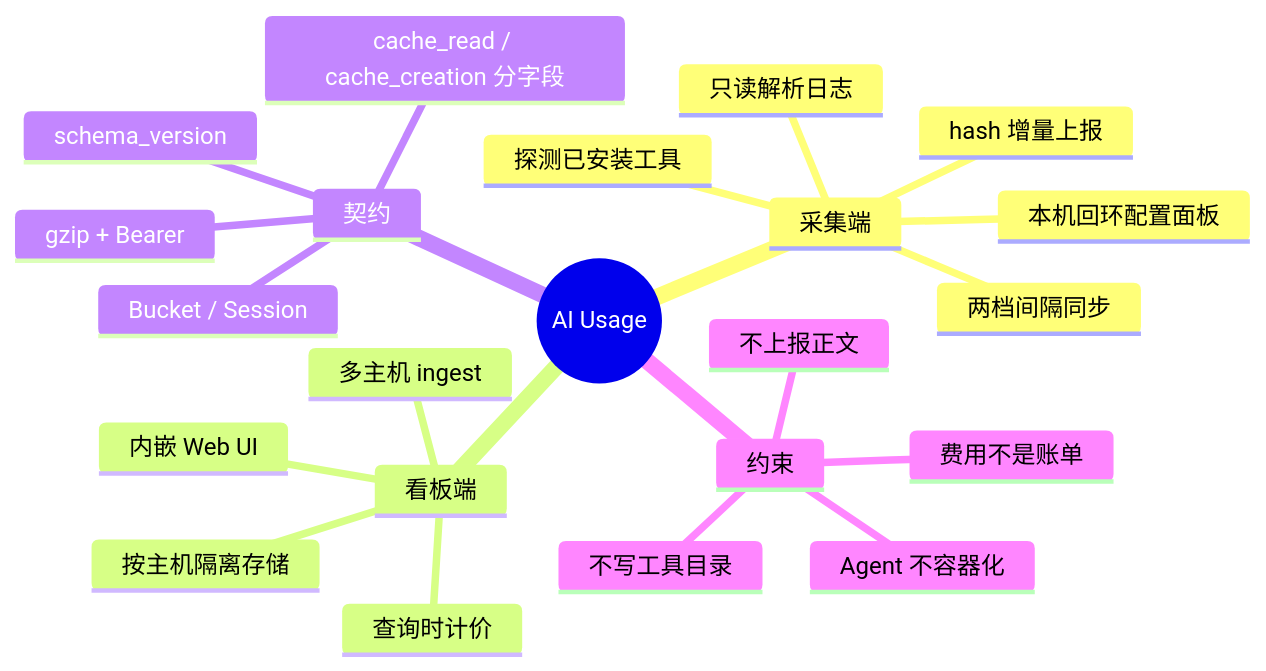
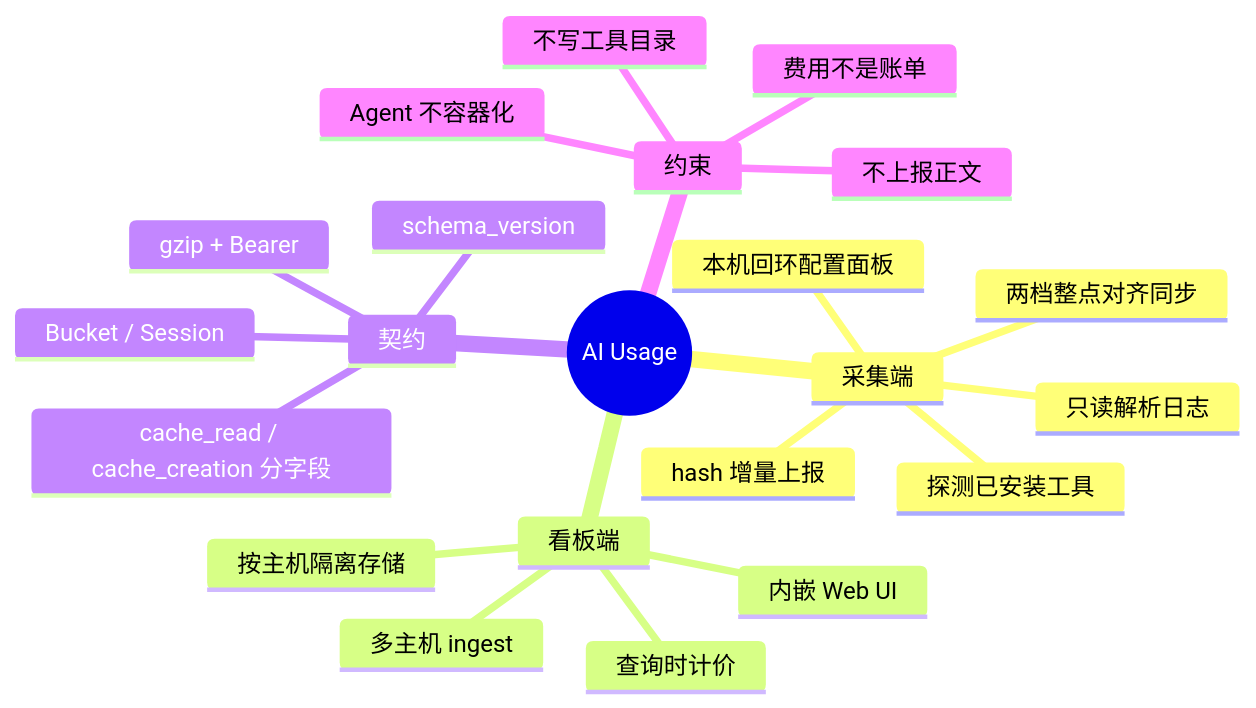
Before and after one commit to Huanfiy/ai-usage: the first of 5 diagrams in docs/design/architecture.md, drawn with Mermaid. The commit also changed other lines of this file and 2 other files, not shown here.

Commit message:
✨ feat(agent): 上报间隔按钟面刻度对齐

````diff
--- a/docs/design/architecture.md
+++ b/docs/design/architecture.md
@@ -18,25 +18,25 @@
 ```mermaid
 mindmap
   root((AI Usage))
     采集端
       探测已安装工具
       只读解析日志
-      两档间隔同步
+      两档整点对齐同步
       hash 增量上报
       本机回环配置面板
     看板端
       多主机 ingest
       按主机隔离存储
       查询时计价
       内嵌 Web UI
     契约
       schema_version
       Bucket / Session
       cache_read / cache_creation 分字段
       gzip + Bearer
     约束
       不写工具目录
       不上报正文
       Agent 不容器化
       费用不是账单
 ```
````
